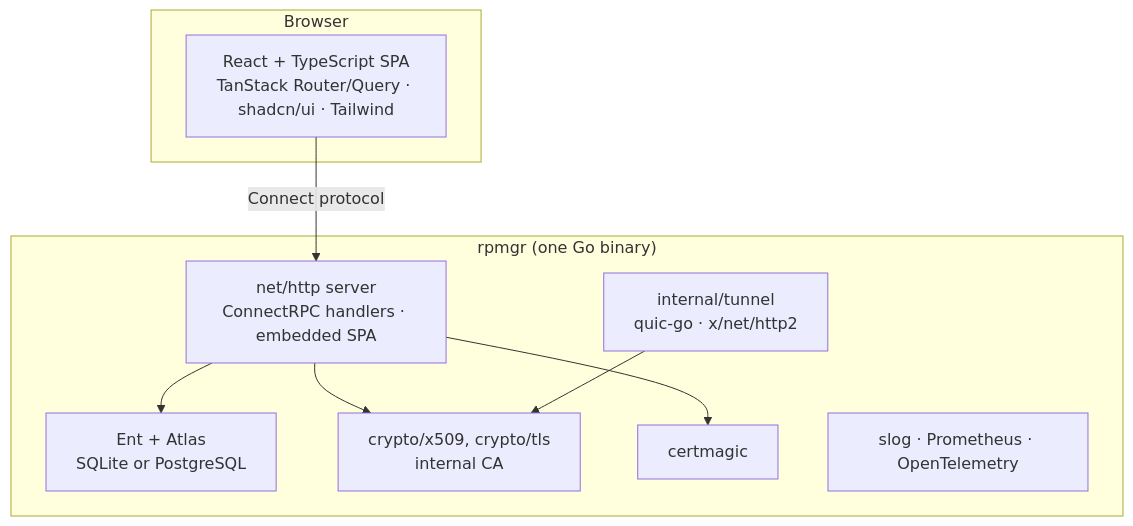
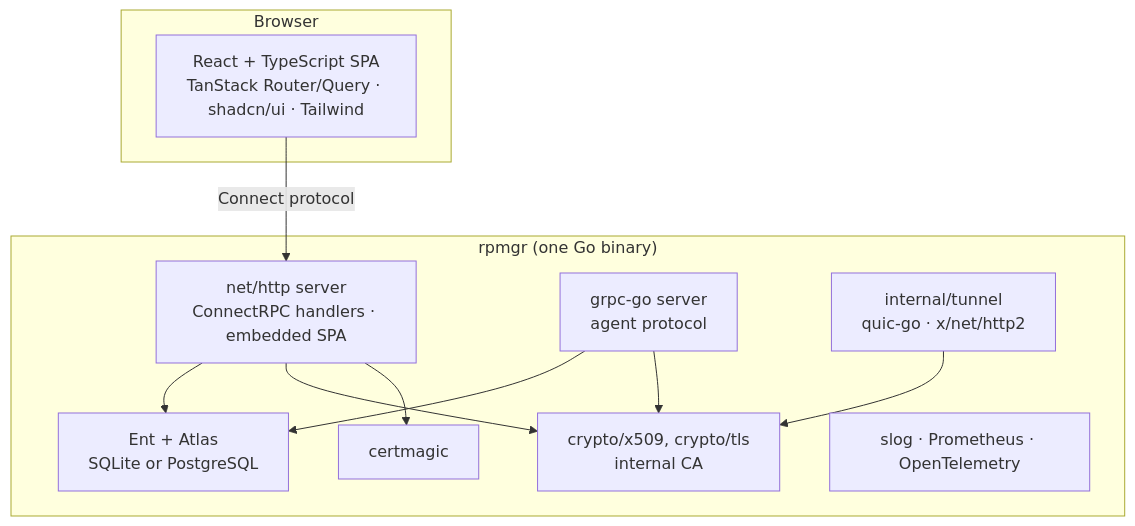
Before and after one commit to felix-homelab/rpmgr: the diagram in docs/08-software-stack.md, drawn with Mermaid. The commit also changed other lines of this file and 8 other files, not shown here.

First line of the commit message:
docs(adr): apply the S4 rule: grpc-go for the agent protocol

````diff
--- a/docs/08-software-stack.md
+++ b/docs/08-software-stack.md
@@ -12,19 +12,22 @@
 ```mermaid
 flowchart TB
   subgraph Browser
     SPA[React + TypeScript SPA<br/>TanStack Router/Query · shadcn/ui · Tailwind]
   end
   subgraph rpmgr["rpmgr (one Go binary)"]
     HTTP[net/http server<br/>ConnectRPC handlers · embedded SPA]
+    AGT[grpc-go server<br/>agent protocol]
     STORE[Ent + Atlas<br/>SQLite or PostgreSQL]
     PKI[crypto/x509, crypto/tls<br/>internal CA]
     ACME[certmagic]
     TUN[internal/tunnel<br/>quic-go · x/net/http2]
     OBS[slog · Prometheus · OpenTelemetry]
   end
   SPA -->|Connect protocol| HTTP
   HTTP --> STORE
   HTTP --> PKI
   HTTP --> ACME
+  AGT --> STORE
+  AGT --> PKI
   TUN --> PKI
 ```
````
